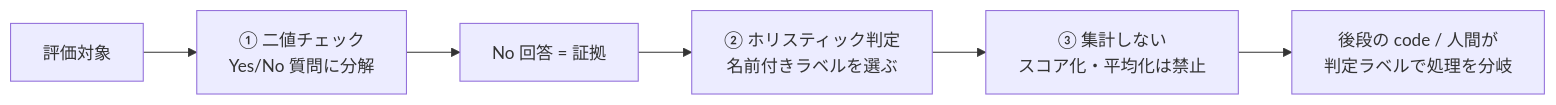
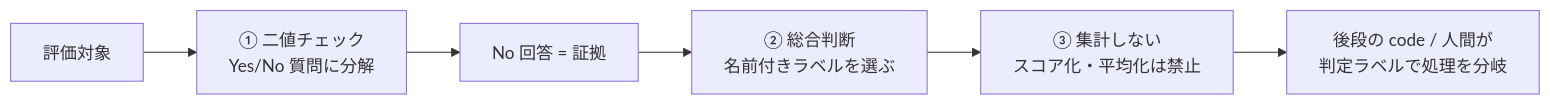
Before and after one commit to shimo4228/zenn-content: the first of 2 diagrams in articles/llm-judge-checks-not-scores.md, drawn with Mermaid. The commit also changed other lines of this file, not shown here.

Commit message:
refactor(article): ホリスティック→総合判断 に日本語化（タイトル含む。前提の用語欄で holistic との対応を明示、引用原文のみ英語残置）

````diff
--- a/articles/llm-judge-checks-not-scores.md
+++ b/articles/llm-judge-checks-not-scores.md
@@ -33,8 +34,8 @@
 ```mermaid
 flowchart LR
     A[評価対象] --> B["① 二値チェック<br>Yes/No 質問に分解"]
     B --> C["No 回答 = 証拠"]
-    C --> D["② ホリスティック判定<br>名前付きラベルを選ぶ"]
+    C --> D["② 総合判断<br>名前付きラベルを選ぶ"]
     D --> E["③ 集計しない<br>スコア化・平均化は禁止"]
     E --> F["後段の code / 人間が<br>判定ラベルで処理を分岐"]
 ```
````
